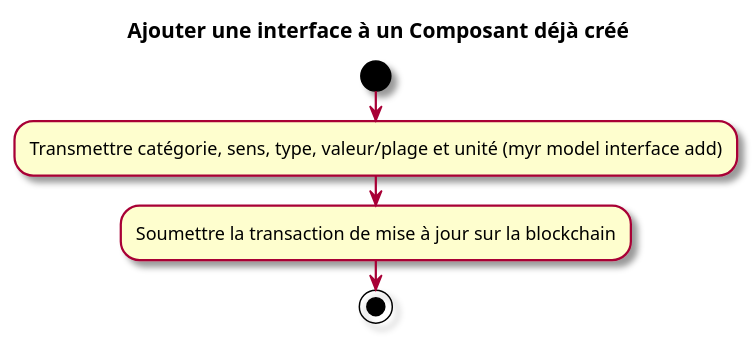
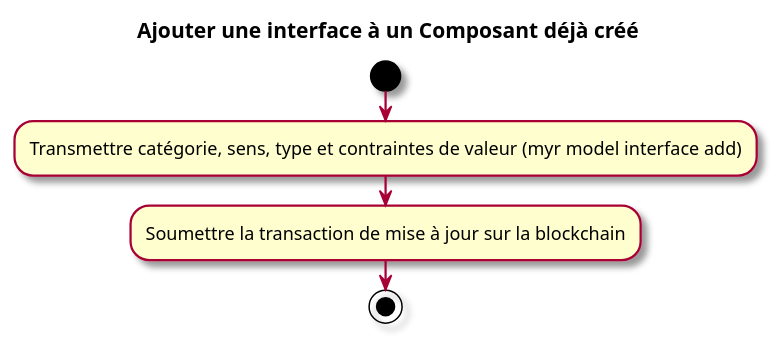
Before and after one commit to myr-forge/myr-core: the second of 2 diagrams in specs/1-Expression/UCCE-Composant_Ecriture/UCCE06.md, drawn with PlantUML. The commit also changed other lines of this file and 8 other files, not shown here.

````diff
--- a/specs/1-Expression/UCCE-Composant_Ecriture/UCCE06.md
+++ b/specs/1-Expression/UCCE-Composant_Ecriture/UCCE06.md
@@ -69,10 +82,10 @@
 ```plantuml
 @startuml
 skin rose
 title Ajouter une interface à un Composant déjà créé
 start
-:Transmettre catégorie, sens, type, valeur/plage et unité (myr model interface add);
+:Transmettre catégorie, sens, type et contraintes de valeur (myr model interface add);
 :Soumettre la transaction de mise à jour sur la blockchain;
 stop
 @enduml
 ```
````
